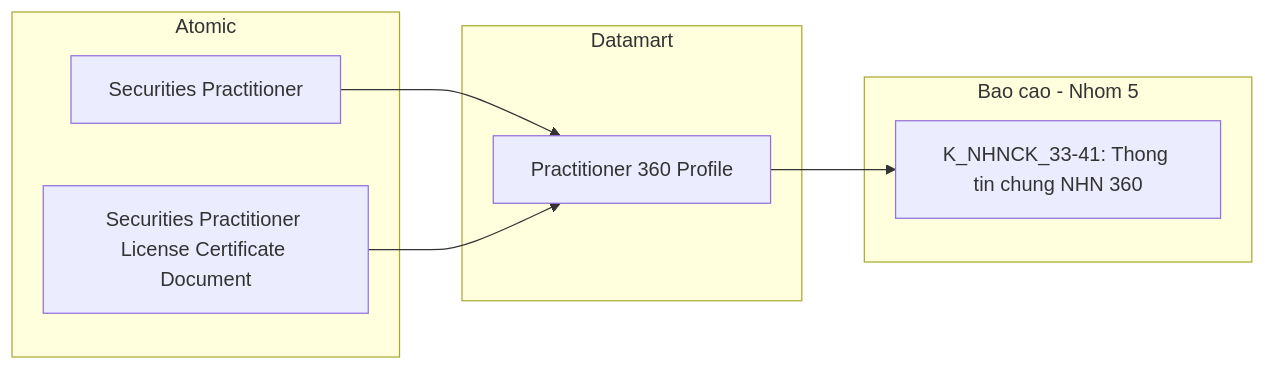
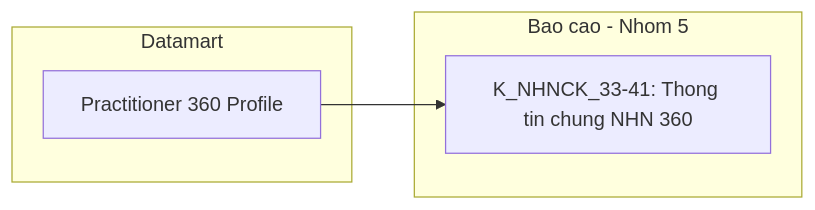
Diagram 23 of 40 in Datamart/hld/DTM_NHNCK_HLD.md (linhlvit/ubck_atomic_design), drawn with Mermaid before and after one commit. The commit also changed other lines of this file and 35 other files, not shown here.

````diff
--- a/Datamart/hld/DTM_NHNCK_HLD.md
+++ b/Datamart/hld/DTM_NHNCK_HLD.md
@@ -978,16 +978,10 @@
 ```mermaid
 flowchart LR
-    subgraph SIL["Atomic"]
-        SV1["Securities Practitioner"]
-        SV2["Securities Practitioner License Certificate Document"]
-    end
     subgraph Datamart["Datamart"]
         G1["Practitioner 360 Profile"]
     end
     subgraph RPT["Bao cao - Nhom 5"]
         R1["K_NHNCK_33-41: Thong tin chung NHN 360"]
     end
-    SV1 --> G1
-    SV2 --> G1
     G1 --> R1
 ```
````
